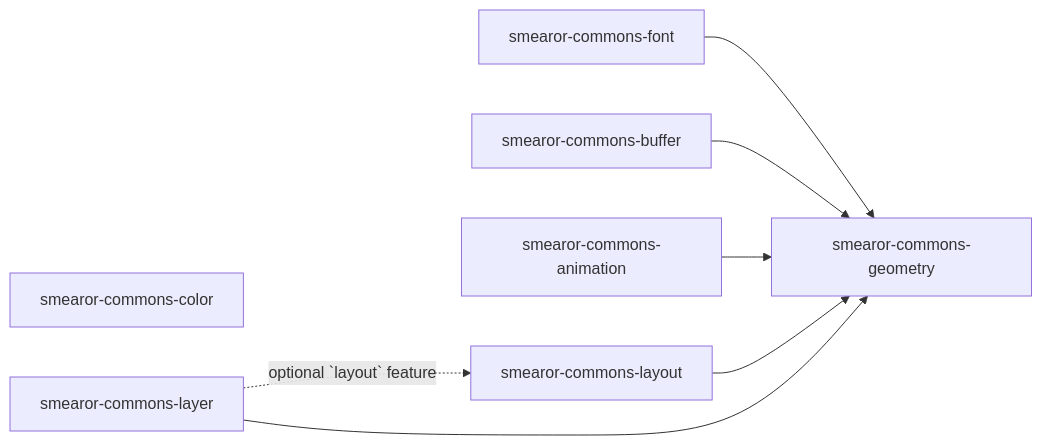
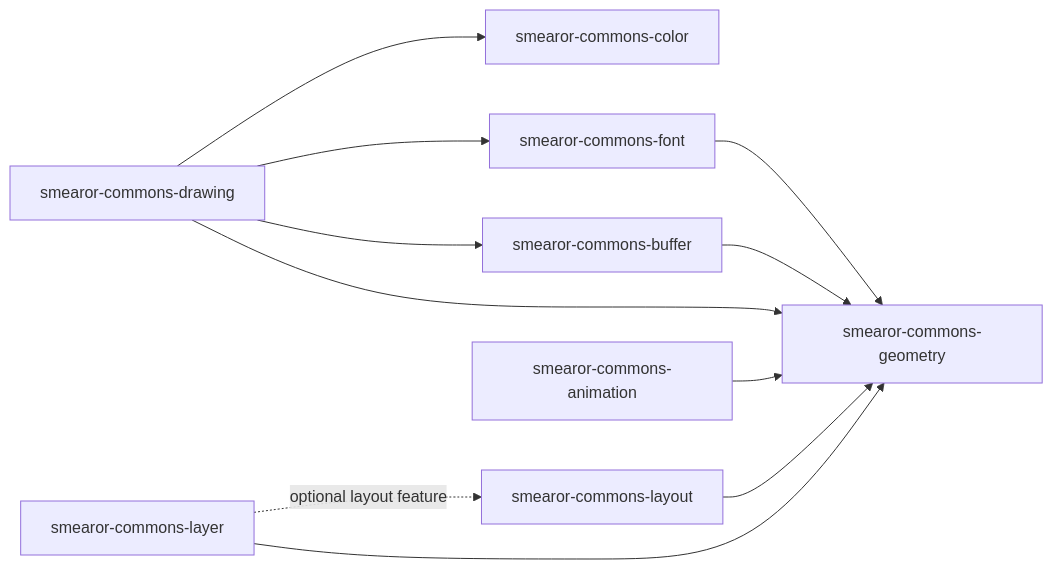
The diagram in book/src/introduction.md (smearor/smearor-commons), drawn with Mermaid before and after one commit. The commit also changed other lines of this file and 3 other files, not shown here.

````diff
--- a/book/src/introduction.md
+++ b/book/src/introduction.md
@@ -25,17 +28,22 @@
 ```mermaid
 graph LR
     geometry[smearor-commons-geometry]
     color[smearor-commons-color]
     font[smearor-commons-font]
     buffer[smearor-commons-buffer]
+    drawing[smearor-commons-drawing]
     animation[smearor-commons-animation]
     layout[smearor-commons-layout]
     layer[smearor-commons-layer]
 
     font --> geometry
     buffer --> geometry
+    drawing --> geometry
+    drawing --> color
+    drawing --> font
+    drawing --> buffer
     animation --> geometry
     layout --> geometry
     layer --> geometry
-    layer -.->|optional `layout` feature| layout
+    layer -.->|optional layout feature| layout
 ```
````
